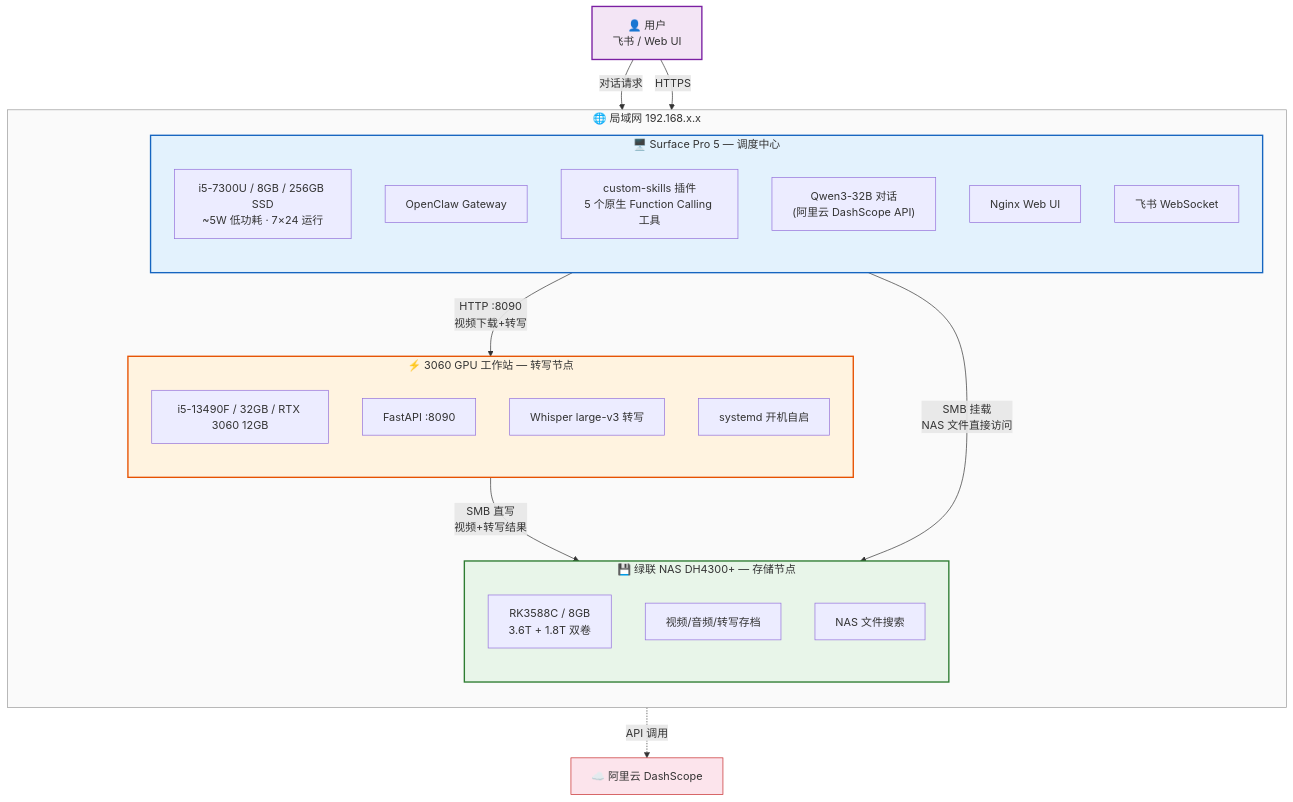
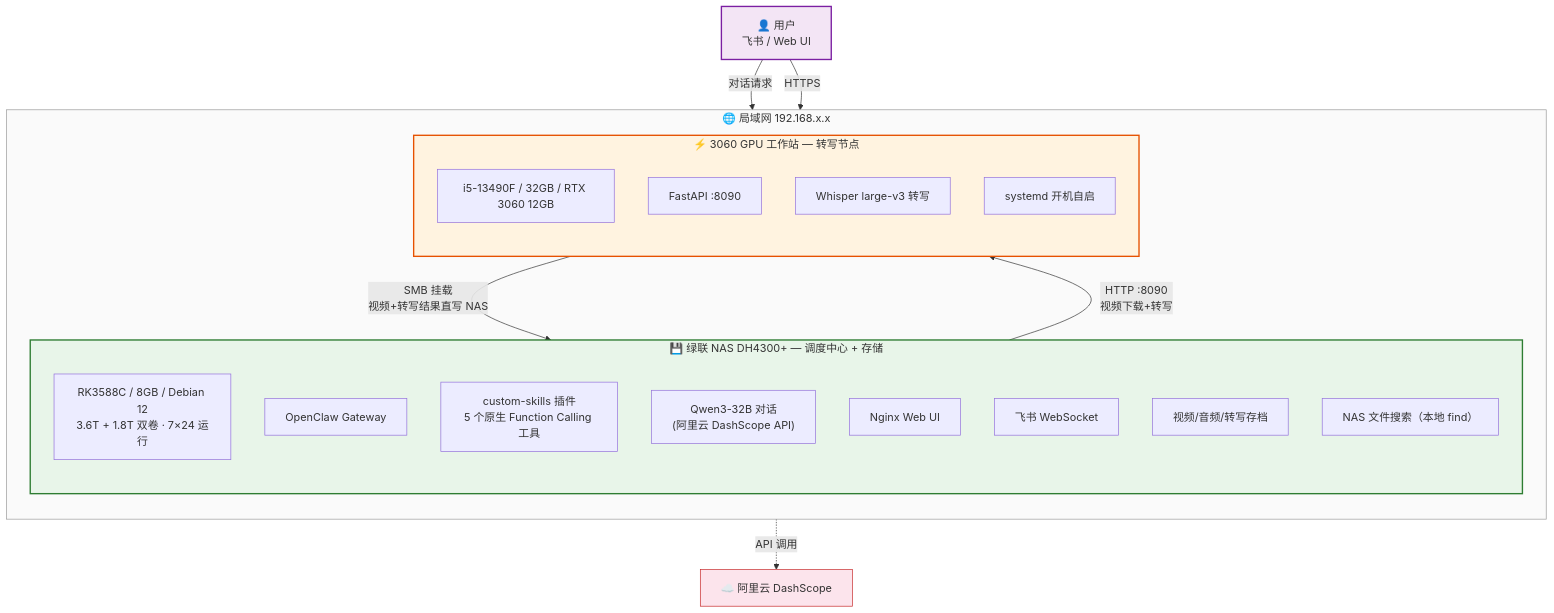
One commit to chenweidu666/OpenClaw-Private-AI changed the first of 2 diagrams in README.md. Above: the diagram before and after it, drawn with Mermaid. The commit also changed other lines of this file and 1 other file, not shown here.

First line of the commit message:
docs: 架构迁移 Surface Pro → NAS，新增坑15（ARM64 Node.js 安装）

````diff
--- a/README.md
+++ b/README.md
@@ -29,45 +29,38 @@
 ```mermaid
 graph TB
     subgraph LAN["🌐 局域网 192.168.x.x"]
         direction TB
 
-        subgraph SURFACE["🖥️ Surface Pro 5 — 调度中心"]
+        subgraph NAS["💾 绿联 NAS DH4300+ — 调度中心 + 存储"]
             direction TB
-            S_HW["i5-7300U / 8GB / 256GB SSD<br/>~5W 低功耗 · 7×24 运行"]
-            S1["OpenClaw Gateway"]
-            S_PLUGIN["custom-skills 插件<br/>5 个原生 Function Calling 工具"]
-            S2["Qwen3-32B 对话<br/>(阿里云 DashScope API)"]
-            S3["Nginx Web UI"]
-            S4["飞书 WebSocket"]
+            N_HW["RK3588C / 8GB / Debian 12<br/>3.6T + 1.8T 双卷 · 7×24 运行"]
+            N1["OpenClaw Gateway"]
+            N_PLUGIN["custom-skills 插件<br/>5 个原生 Function Calling 工具"]
+            N2["Qwen3-32B 对话<br/>(阿里云 DashScope API)"]
+            N3["Nginx Web UI"]
+            N4["飞书 WebSocket"]
+            N5["视频/音频/转写存档"]
+            N6["NAS 文件搜索（本地 find）"]
         end
 
         subgraph GPU["⚡ 3060 GPU 工作站 — 转写节点"]
             direction TB
             G_HW["i5-13490F / 32GB / RTX 3060 12GB"]
             G1["FastAPI :8090"]
             G2["Whisper large-v3 转写"]
             G4["systemd 开机自启"]
         end
-
-        subgraph NAS["💾 绿联 NAS DH4300+ — 存储节点"]
-            direction TB
-            N_HW["RK3588C / 8GB<br/>3.6T + 1.8T 双卷"]
-            N1["视频/音频/转写存档"]
-            N2["NAS 文件搜索"]
-        end
     end
 
-    USER["👤 用户<br/>飞书 / Web UI"] -->|"对话请求"| S4
-    USER -->|"HTTPS"| S3
-    S1 -->|"HTTP :8090<br/>视频下载+转写"| G1
-    S1 -->|"SMB 挂载<br/>NAS 文件直接访问"| N2
-    G1 -->|"SMB 直写<br/>视频+转写结果"| N1
-    S2 -.->|"API 调用"| CLOUD["☁️ 阿里云 DashScope"]
+    USER["👤 用户<br/>飞书 / Web UI"] -->|"对话请求"| N4
+    USER -->|"HTTPS"| N3
+    N1 -->|"HTTP :8090<br/>视频下载+转写"| G1
+    G1 -->|"SMB 挂载<br/>视频+转写结果直写 NAS"| N5
+    N2 -.->|"API 调用"| CLOUD["☁️ 阿里云 DashScope"]
 
-    style SURFACE fill:#e3f2fd,stroke:#1565c0,stroke-width:2px
+    style NAS fill:#e8f5e9,stroke:#2e7d32,stroke-width:2px
     style GPU fill:#fff3e0,stroke:#e65100,stroke-width:2px
-    style NAS fill:#e8f5e9,stroke:#2e7d32,stroke-width:2px
     style LAN fill:#fafafa,stroke:#999,stroke-width:1px
     style USER fill:#f3e5f5,stroke:#7b1fa2,stroke-width:2px
     style CLOUD fill:#fce4ec,stroke:#c62828,stroke-width:1px
 ```
````
